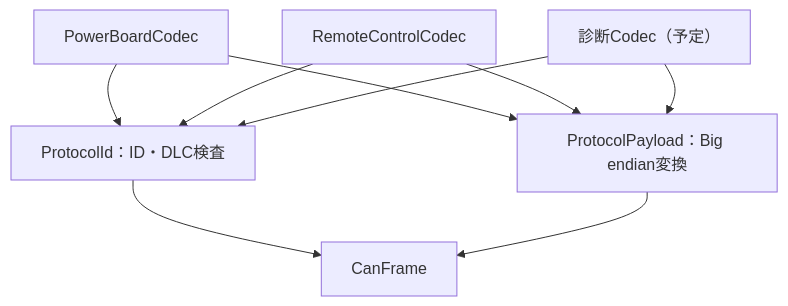
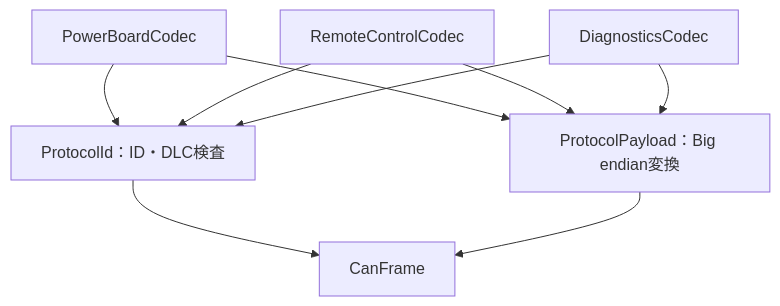
One commit to kou-pen/balancing changed diagram 23 of 23 in docs/diagrams.md. Above: the diagram before and after it, drawn with Mermaid. The commit also changed other lines of this file and 10 other files, not shown here.

First line of the commit message:
feat(can2): diagnostics and parameter read codec (#65)

````diff
--- a/docs/diagrams.md
+++ b/docs/diagrams.md
@@ -510,11 +510,11 @@
 ```mermaid
 flowchart TD
     P["PowerBoardCodec"] --> I["ProtocolId：ID・DLC検査"]
     R["RemoteControlCodec"] --> I
-    D["診断Codec（予定）"] --> I
+    D["DiagnosticsCodec"] --> I
     P --> B["ProtocolPayload：Big endian変換"]
     R --> B
     D --> B
     I --> F["CanFrame"]
     B --> F
 ```
````
